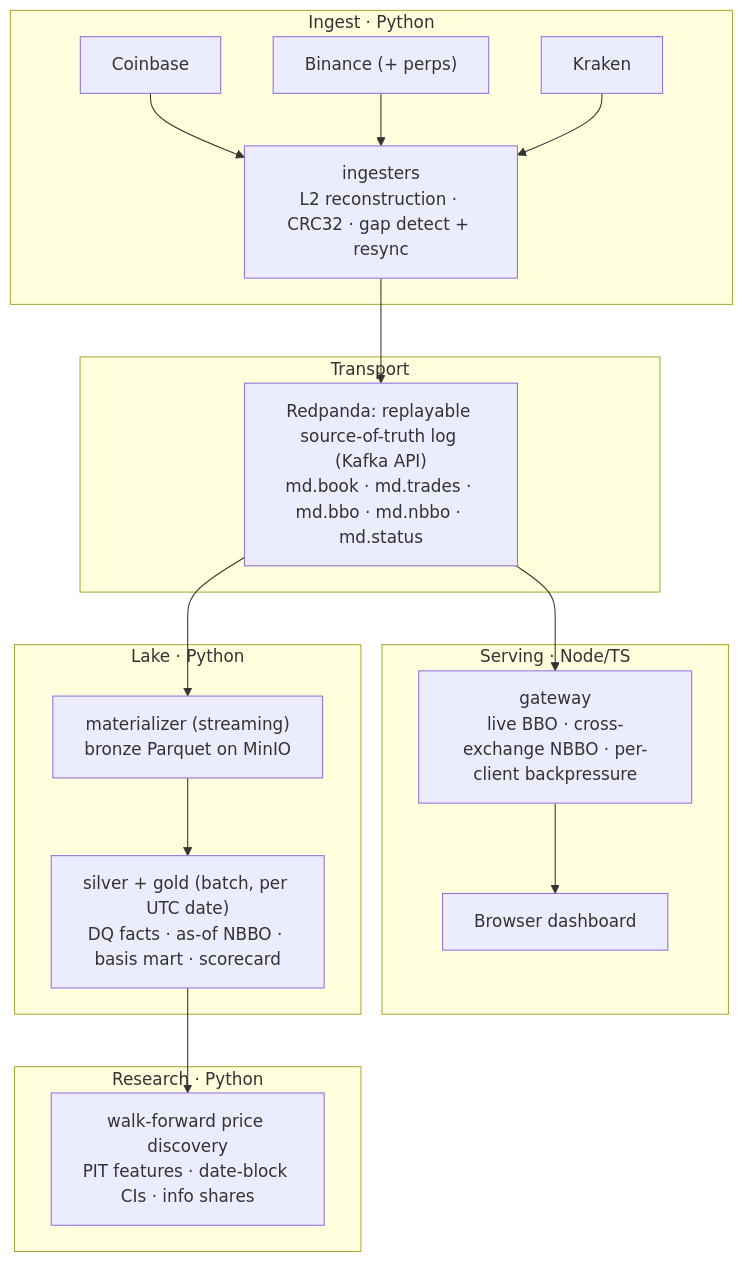
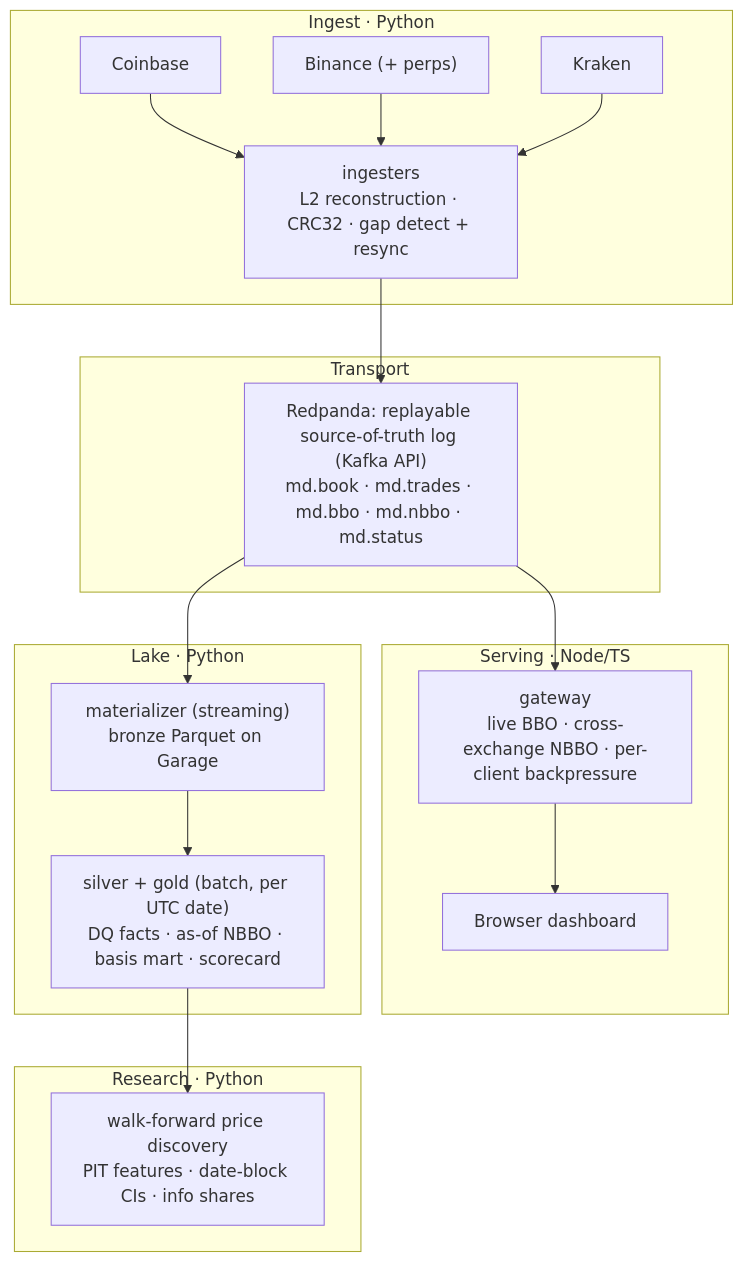
One commit to ryanp2718/crosstick changed the first of 2 diagrams in README.md. Above: the diagram before and after it, drawn with Mermaid. The commit also changed other lines of this file and 16 other files, not shown here.

````diff
--- a/README.md
+++ b/README.md
@@ -42,32 +42,32 @@
 ```mermaid
 flowchart TD
     subgraph ingest["Ingest · Python"]
         CB[Coinbase]
         BN["Binance (+ perps)"]
         KR[Kraken]
         ING["ingesters<br/>L2 reconstruction · CRC32 · gap detect + resync"]
         CB --> ING
         BN --> ING
         KR --> ING
     end
     subgraph transport["Transport"]
         RP["Redpanda: replayable source-of-truth log (Kafka API)<br/>md.book · md.trades · md.bbo · md.nbbo · md.status"]
     end
     subgraph serving["Serving · Node/TS"]
         GW["gateway<br/>live BBO · cross-exchange NBBO · per-client backpressure"]
         DASH[Browser dashboard]
         GW --> DASH
     end
     subgraph lake["Lake · Python"]
-        MAT["materializer (streaming)<br/>bronze Parquet on MinIO"]
+        MAT["materializer (streaming)<br/>bronze Parquet on Garage"]
         SG["silver + gold (batch, per UTC date)<br/>DQ facts · as-of NBBO · basis mart · scorecard"]
         MAT --> SG
     end
     subgraph research["Research · Python"]
         RES["walk-forward price discovery<br/>PIT features · date-block CIs · info shares"]
     end
     ING --> RP
     RP --> GW
     RP --> MAT
     SG --> RES
 ```
````
